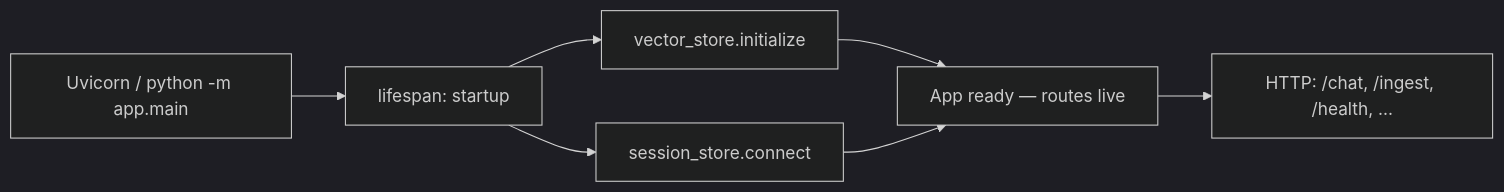
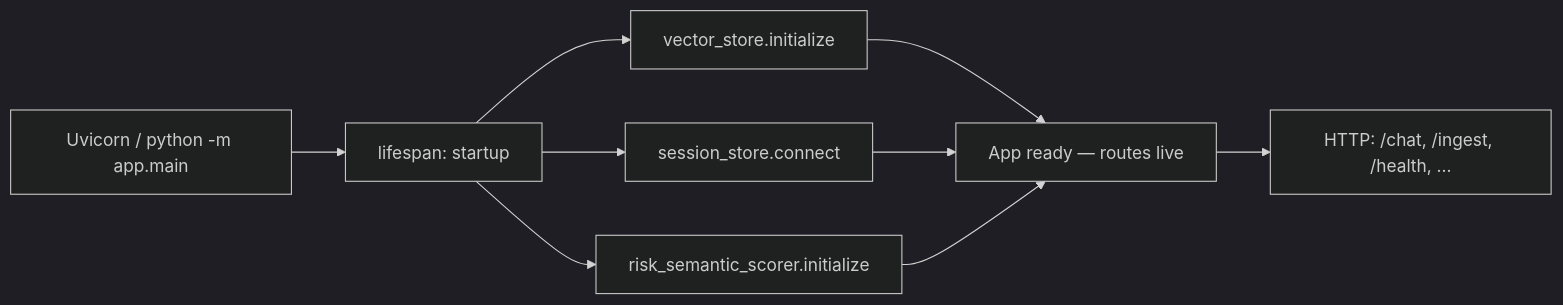
One commit to Shivanshu-Kashyap/MANN-MITRA changed the fifth of 7 diagrams in buddy/README.md. Above: the diagram before and after it, drawn with Mermaid (dark theme). The commit also changed other lines of this file and 22 other files, not shown here.

First line of the commit message:
Add multi-signal risk ensemble (LLM + semantic)

````diff
--- a/buddy/README.md
+++ b/buddy/README.md
@@ -215,9 +245,11 @@
 ```mermaid
 flowchart LR
     S[Uvicorn / python -m app.main] --> L[lifespan: startup]
     L --> V[vector_store.initialize]
     L --> M[session_store.connect]
+    L --> RS[risk_semantic_scorer.initialize]
     V --> OK[App ready — routes live]
     M --> OK
+    RS --> OK
     OK --> H[HTTP: /chat, /ingest, /health, ...]
 ```
````
